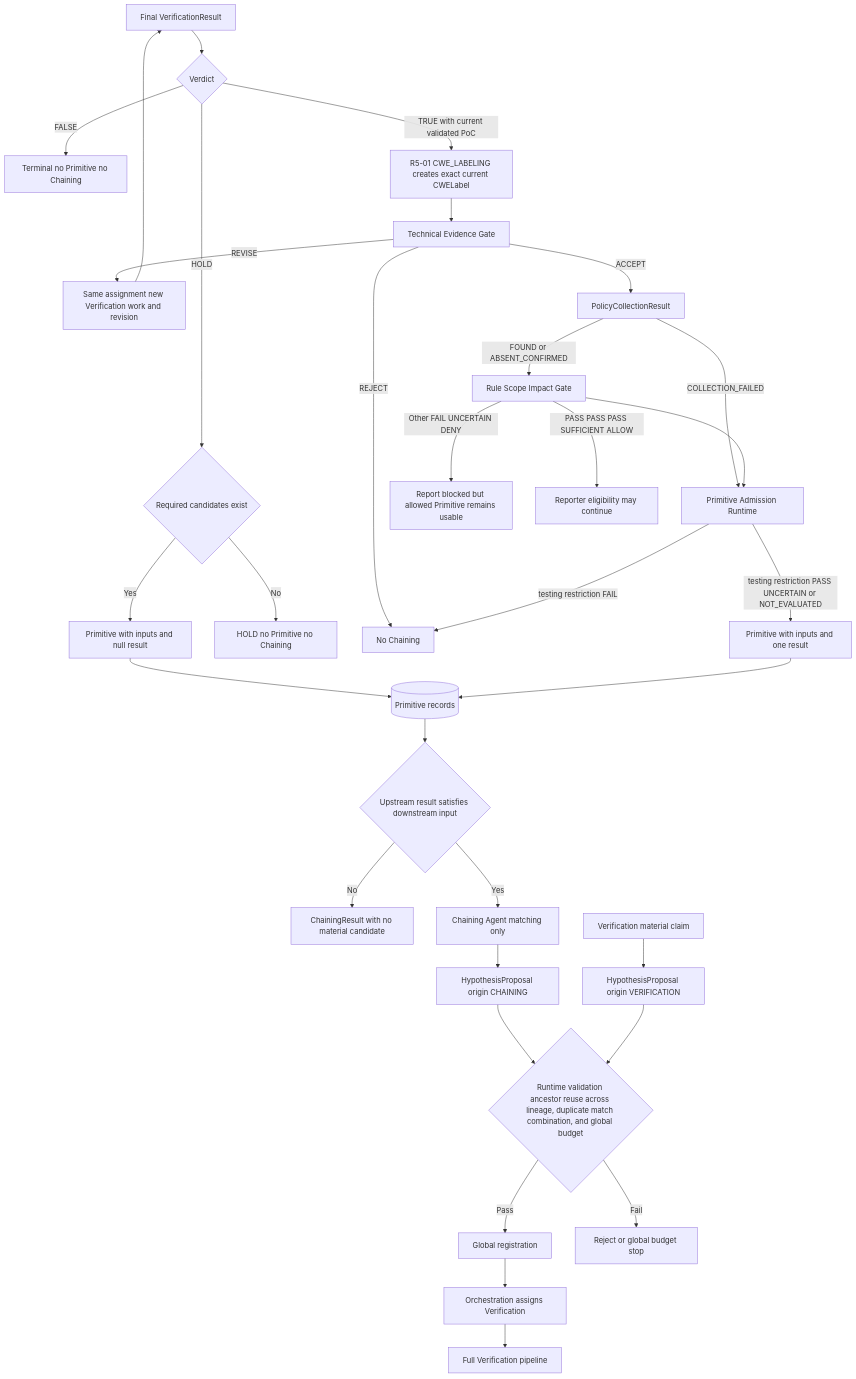
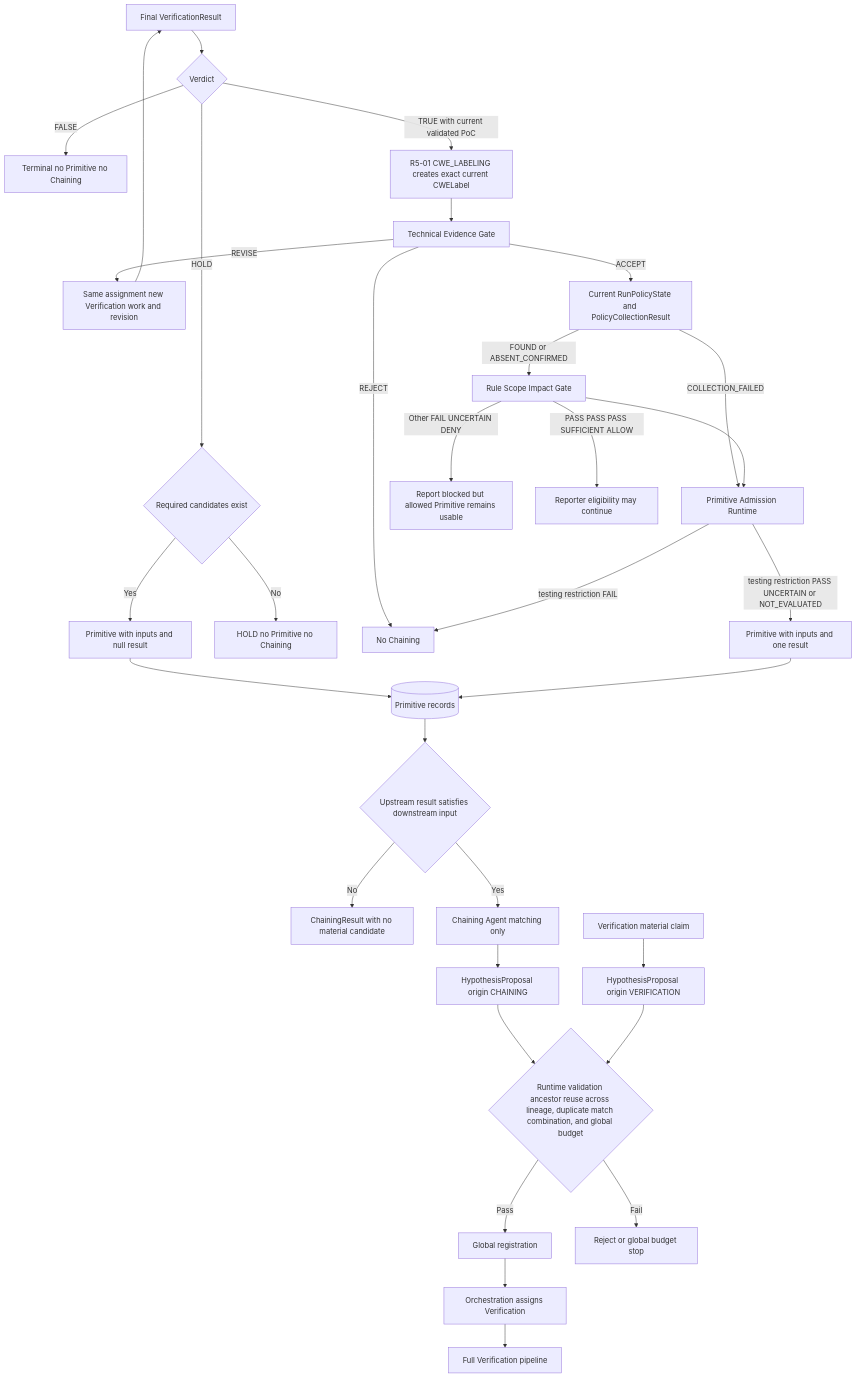
The fifth of 13 diagrams in docs/architecture-v5/13-architecture-diagrams.md (SASTsimi/sastsimi), drawn with Mermaid before and after one commit. The commit also changed other lines of this file and 23 other files, not shown here.

Commit message:
docs: prepare policy once per analysis run

````diff
--- a/docs/architecture-v5/13-architecture-diagrams.md
+++ b/docs/architecture-v5/13-architecture-diagrams.md
@@ -223,34 +229,34 @@
 ```mermaid
 flowchart TB
     VR[Final VerificationResult] --> KIND{Verdict}
     KIND -->|FALSE| CLOSED[Terminal no Primitive no Chaining]
     KIND -->|HOLD| HREQ{Required candidates exist}
     HREQ -->|Yes| REQUIRED[Primitive with inputs and null result]
     HREQ -->|No| HEND[HOLD no Primitive no Chaining]
     KIND -->|TRUE with current validated PoC| CWE[R5-01 CWE_LABELING creates exact current CWELabel]
     CWE --> TECH[Technical Evidence Gate]
     TECH -->|REVISE| SAME[Same assignment new Verification work and revision]
     SAME --> VR
     TECH -->|REJECT| NOCHAIN[No Chaining]
-    TECH -->|ACCEPT| COLLECT[PolicyCollectionResult]
+    TECH -->|ACCEPT| COLLECT[Current RunPolicyState and PolicyCollectionResult]
     COLLECT -->|FOUND or ABSENT_CONFIRMED| RULE[Rule Scope Impact Gate]
     COLLECT -->|COLLECTION_FAILED| ADMIT[Primitive Admission Runtime]
     RULE --> ADMIT
     ADMIT -->|testing restriction PASS UNCERTAIN or NOT_EVALUATED| PROVIDED[Primitive with inputs and one result]
     ADMIT -->|testing restriction FAIL| NOCHAIN
     RULE -->|Other FAIL UNCERTAIN DENY| REPORTBLOCK[Report blocked but allowed Primitive remains usable]
     RULE -->|PASS PASS PASS SUFFICIENT ALLOW| REPORTOK[Reporter eligibility may continue]
     REQUIRED --> PDB[(Primitive records)]
     PROVIDED --> PDB
     PDB --> MATCH{Upstream result satisfies downstream input}
     MATCH -->|No| RECORD[ChainingResult with no material candidate]
     MATCH -->|Yes| CHAIN[Chaining Agent matching only]
     CHAIN --> NEW[HypothesisProposal origin CHAINING]
     NEW --> LIMIT{Runtime validation ancestor reuse across lineage, duplicate match combination, and global budget}
     LIMIT -->|Pass| REGISTER[Global registration]
     LIMIT -->|Fail| STOP[Reject or global budget stop]
     REGISTER --> ORCH[Orchestration assigns Verification]
     ORCH --> VERIFY[Full Verification pipeline]
     VMAT[Verification material claim] --> VNEW[HypothesisProposal origin VERIFICATION]
     VNEW --> LIMIT
 ```
````
